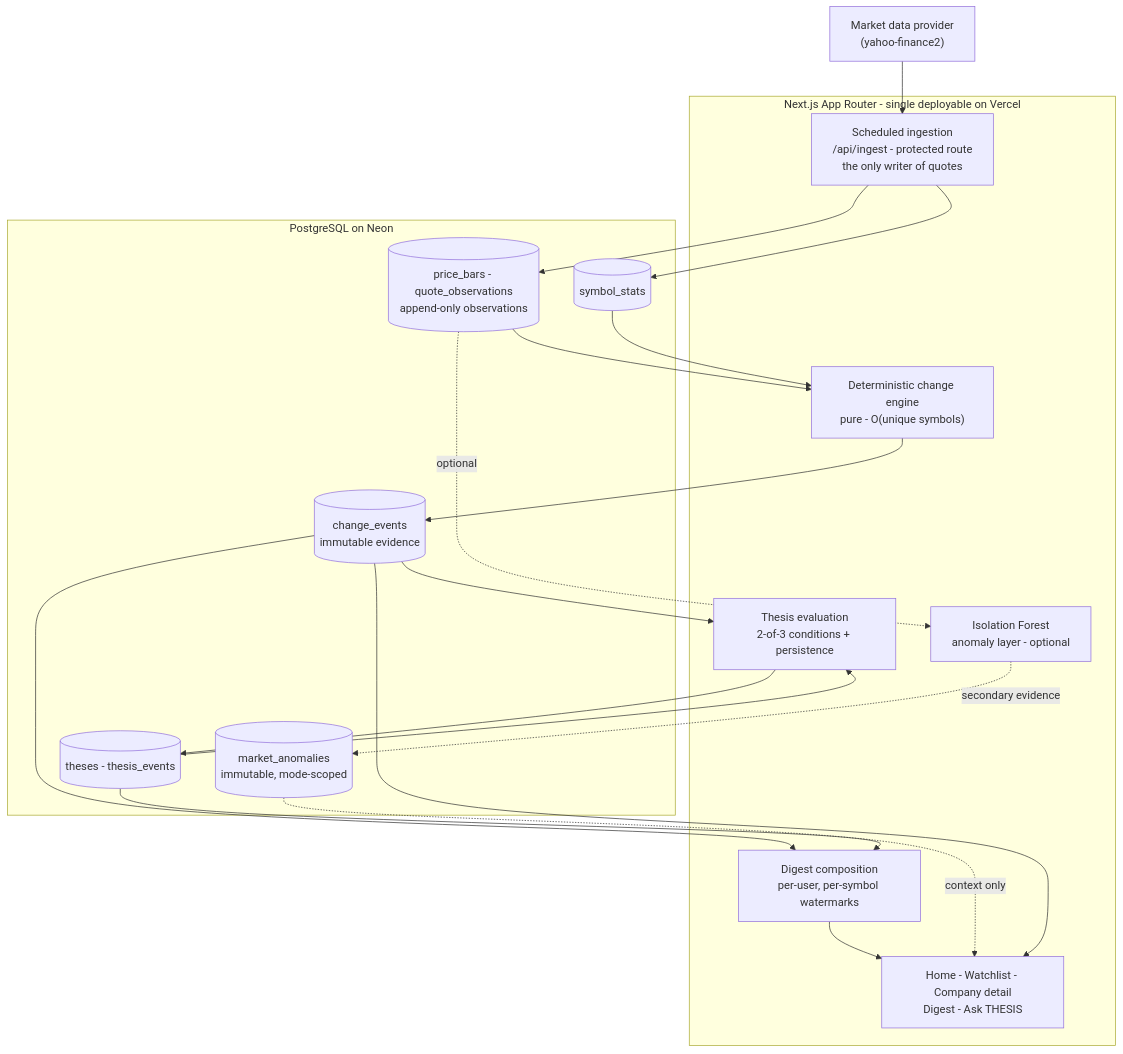
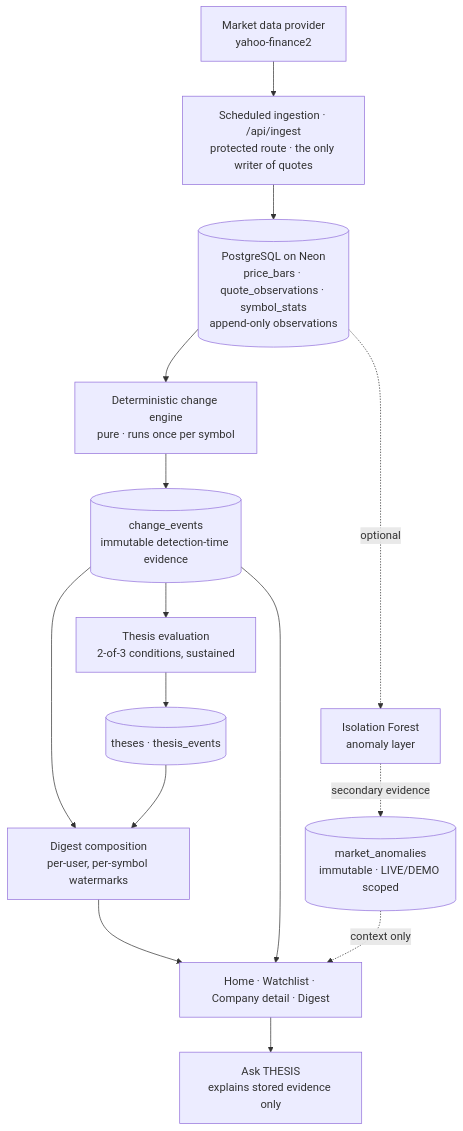
The diagram in README.md (tanisha-raha/thesis-market-watchlist), drawn with Mermaid before and after one commit.

Commit message:
docs: flatten the architecture diagram into a readable flow
The first version nested two subgraphs and Mermaid's layout crossed a dozen edges
to satisfy them. The deterministic spine now runs top to bottom with the anomaly
layer as a clearly dotted side branch that reaches only the UI, which is the
architectural point the diagram exists to make.

````diff
--- a/README.md
+++ b/README.md
@@ -173,34 +173,18 @@
 ```mermaid
 flowchart TD
-    P["Market data provider<br/>(yahoo-finance2)"] --> I
-    subgraph NEXT["Next.js App Router - single deployable on Vercel"]
-        I["Scheduled ingestion<br/>/api/ingest - protected route<br/>the only writer of quotes"]
-        DE["Deterministic change engine<br/>pure - O(unique symbols)"]
-        IF["Isolation Forest<br/>anomaly layer - optional"]
-        TE["Thesis evaluation<br/>2-of-3 conditions + persistence"]
-        DG["Digest composition<br/>per-user, per-symbol watermarks"]
-        UI["Home - Watchlist - Company detail<br/>Digest - Ask THESIS"]
-    end
-    subgraph DB["PostgreSQL on Neon"]
-        OBS[("price_bars - quote_observations<br/>append-only observations")]
-        ST[("symbol_stats")]
-        CE[("change_events<br/>immutable evidence")]
-        MA[("market_anomalies<br/>immutable, mode-scoped")]
-        TH[("theses - thesis_events")]
-    end
-    I --> OBS
-    I --> ST
-    OBS --> DE
-    ST --> DE
-    DE --> CE
-    OBS -.optional.-> IF
-    IF -.secondary evidence.-> MA
-    CE --> TE
-    TH --> TE
-    TE --> TH
-    CE --> DG
-    TH --> DG
-    DG --> UI
-    MA -.context only.-> UI
+    P["Market data provider<br/>yahoo-finance2"] --> ING
+    ING["Scheduled ingestion · /api/ingest<br/>protected route · the only writer of quotes"] --> OBS
+    OBS[("PostgreSQL on Neon<br/>price_bars · quote_observations · symbol_stats<br/>append-only observations")]
+    OBS --> DET["Deterministic change engine<br/>pure · runs once per symbol"]
+    OBS -. optional .-> ML["Isolation Forest<br/>anomaly layer"]
+    DET --> CE[("change_events<br/>immutable detection-time evidence")]
+    ML -. secondary evidence .-> MA[("market_anomalies<br/>immutable · LIVE/DEMO scoped")]
+    CE --> TH["Thesis evaluation<br/>2-of-3 conditions, sustained"]
+    TH --> TE[("theses · thesis_events")]
+    CE --> DIG["Digest composition<br/>per-user, per-symbol watermarks"]
+    TE --> DIG
+    DIG --> UI["Home · Watchlist · Company detail · Digest"]
     CE --> UI
+    MA -. context only .-> UI
+    UI --> ASK["Ask THESIS<br/>explains stored evidence only"]
 ```
````
